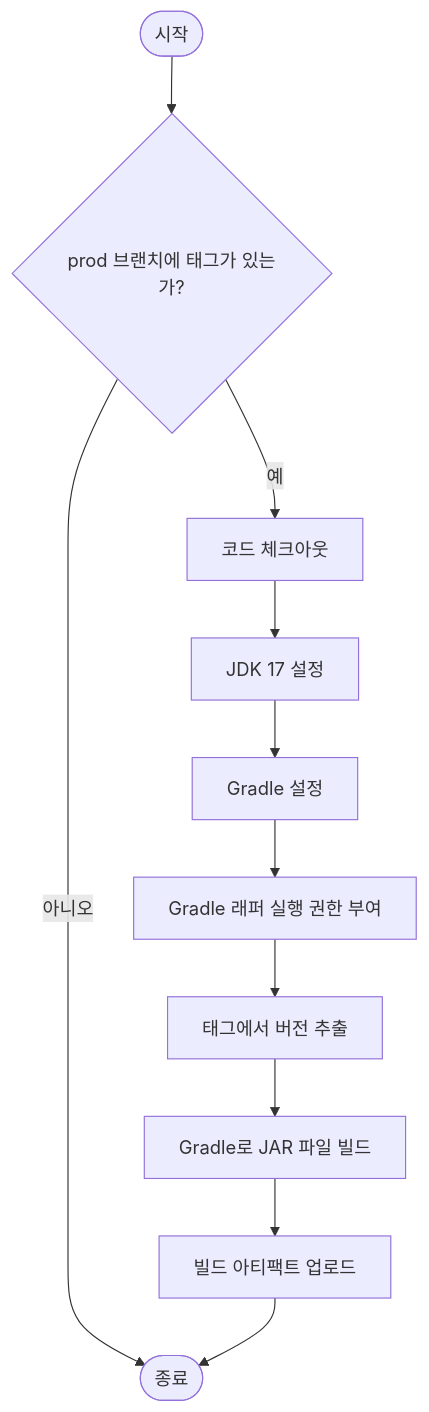
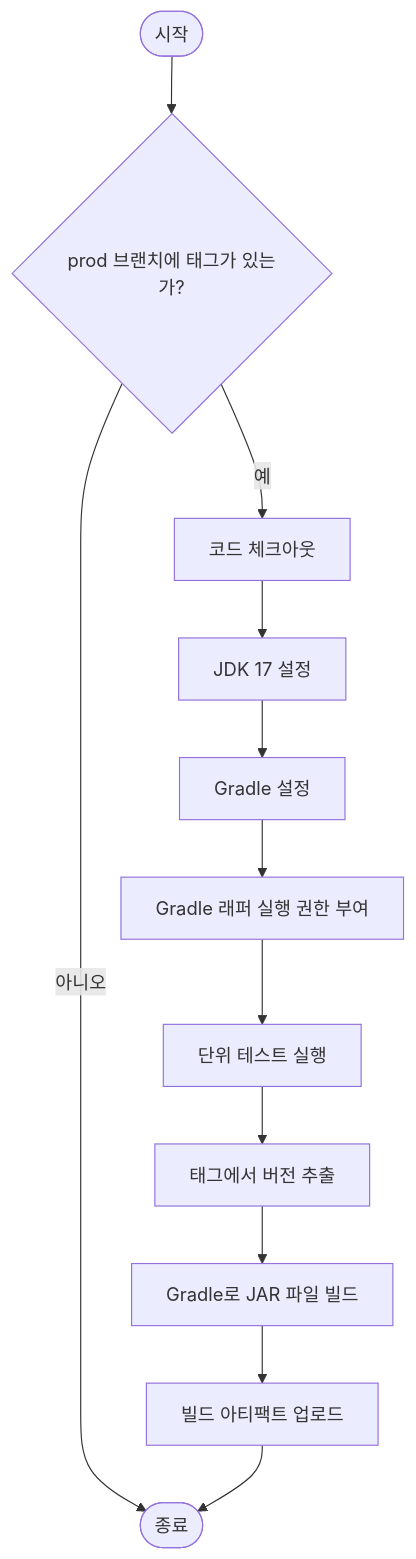
The third of 4 diagrams in docs/PROD_RELEASE_WORKFLOW.md (KalGookSoo/seesaw-web), drawn with Mermaid before and after one commit. The commit also changed other lines of this file and 8 other files, not shown here.

First line of the commit message:
docs: ERD 문서 제거 및 개발 환경 설정 가이드 추가

````diff
--- a/docs/PROD_RELEASE_WORKFLOW.md
+++ b/docs/PROD_RELEASE_WORKFLOW.md
@@ -55,13 +56,14 @@
 ```mermaid
 flowchart TD
     Start([시작]) --> CheckProdBranch{prod 브랜치에 태그가 있는가?}
     CheckProdBranch -- "아니오" --> End([종료])
     CheckProdBranch -- "예" --> Checkout[코드 체크아웃]
     Checkout --> SetupJDK[JDK 17 설정]
     SetupJDK --> SetupGradle[Gradle 설정]
     SetupGradle --> MakeExecutable[Gradle 래퍼 실행 권한 부여]
-    MakeExecutable --> ExtractVersion[태그에서 버전 추출]
+    MakeExecutable --> RunTests[단위 테스트 실행]
+    RunTests --> ExtractVersion[태그에서 버전 추출]
     ExtractVersion --> BuildJar[Gradle로 JAR 파일 빌드]
     BuildJar --> UploadArtifact[빌드 아티팩트 업로드]
     UploadArtifact --> End
 ```
````
